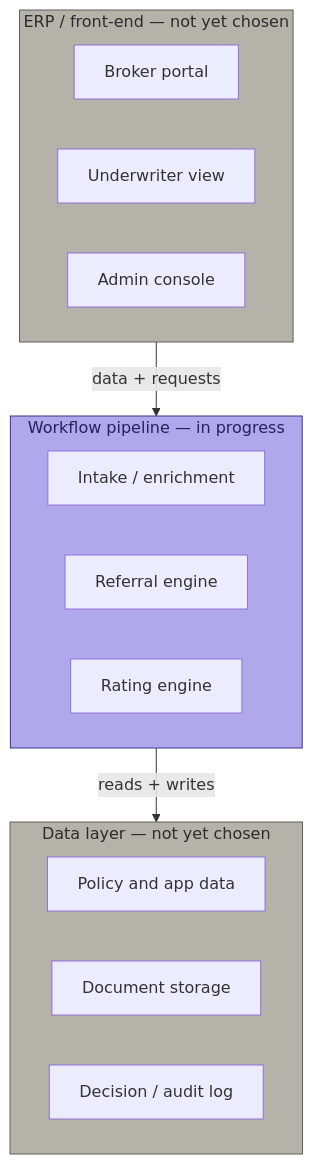
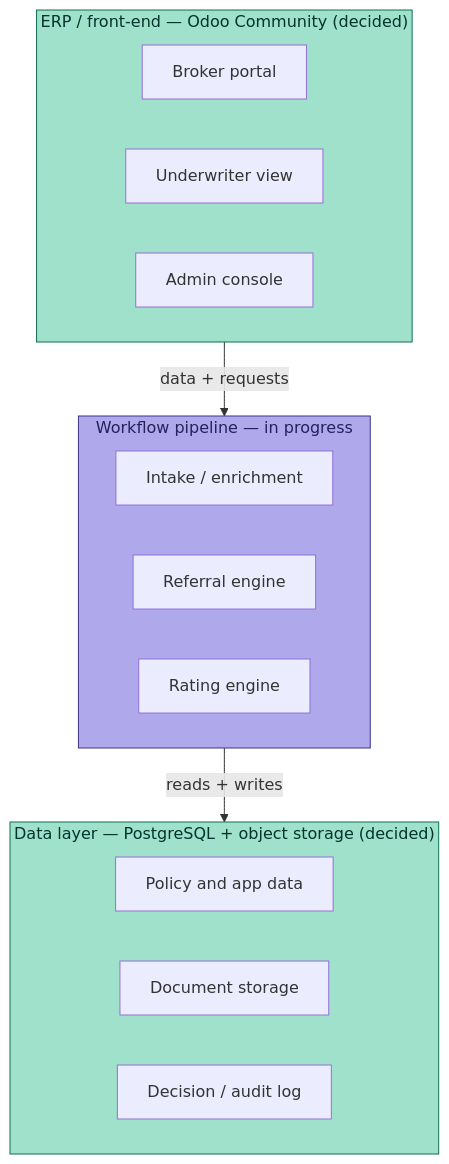
Before and after one commit to jrbroedel/ai-ins-full-company: the diagram in README.md, drawn with Mermaid. The commit also changed other lines of this file and 1 other file, not shown here.

First line of the commit message:
Lock in database and ERP/front-end: PostgreSQL + Odoo Community

````diff
--- a/README.md
+++ b/README.md
@@ -9,30 +9,30 @@
 ```mermaid
 flowchart TD
-    subgraph ERP["ERP / front-end — not yet chosen"]
+    subgraph ERP["ERP / front-end — Odoo Community (decided)"]
         direction LR
         BP[Broker portal]
         UW[Underwriter view]
         AC[Admin console]
     end
 
     subgraph WF["Workflow pipeline — in progress"]
         direction LR
         IE[Intake / enrichment]
         RE[Referral engine]
         RT[Rating engine]
     end
 
-    subgraph DL["Data layer — not yet chosen"]
+    subgraph DL["Data layer — PostgreSQL + object storage (decided)"]
         direction LR
         PA[Policy and app data]
         DS[Document storage]
         DA[Decision / audit log]
     end
 
     ERP -->|data + requests| WF
     WF -->|reads + writes| DL
 
-    style ERP fill:#B4B2A9,stroke:#5F5E5A,color:#2C2C2A
-    style DL fill:#B4B2A9,stroke:#5F5E5A,color:#2C2C2A
+    style ERP fill:#9FE1CB,stroke:#0F6E56,color:#04342C
+    style DL fill:#9FE1CB,stroke:#0F6E56,color:#04342C
     style WF fill:#AFA9EC,stroke:#3C3489,color:#26215C
 ```
````
